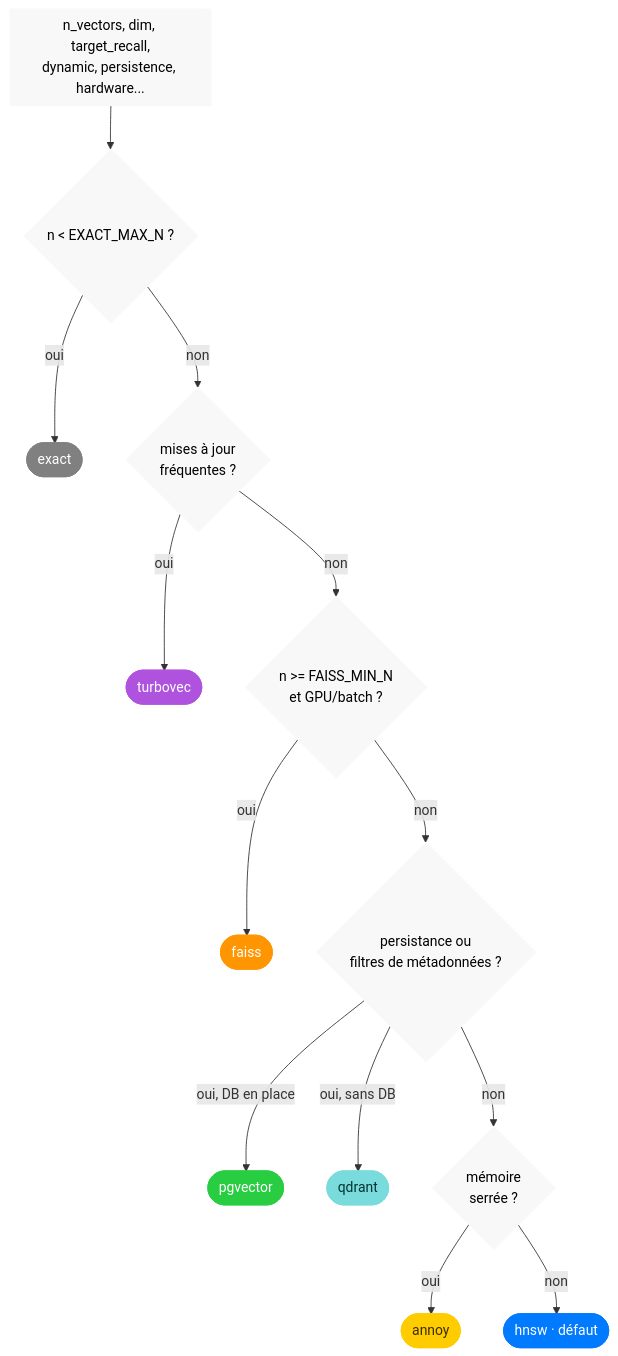
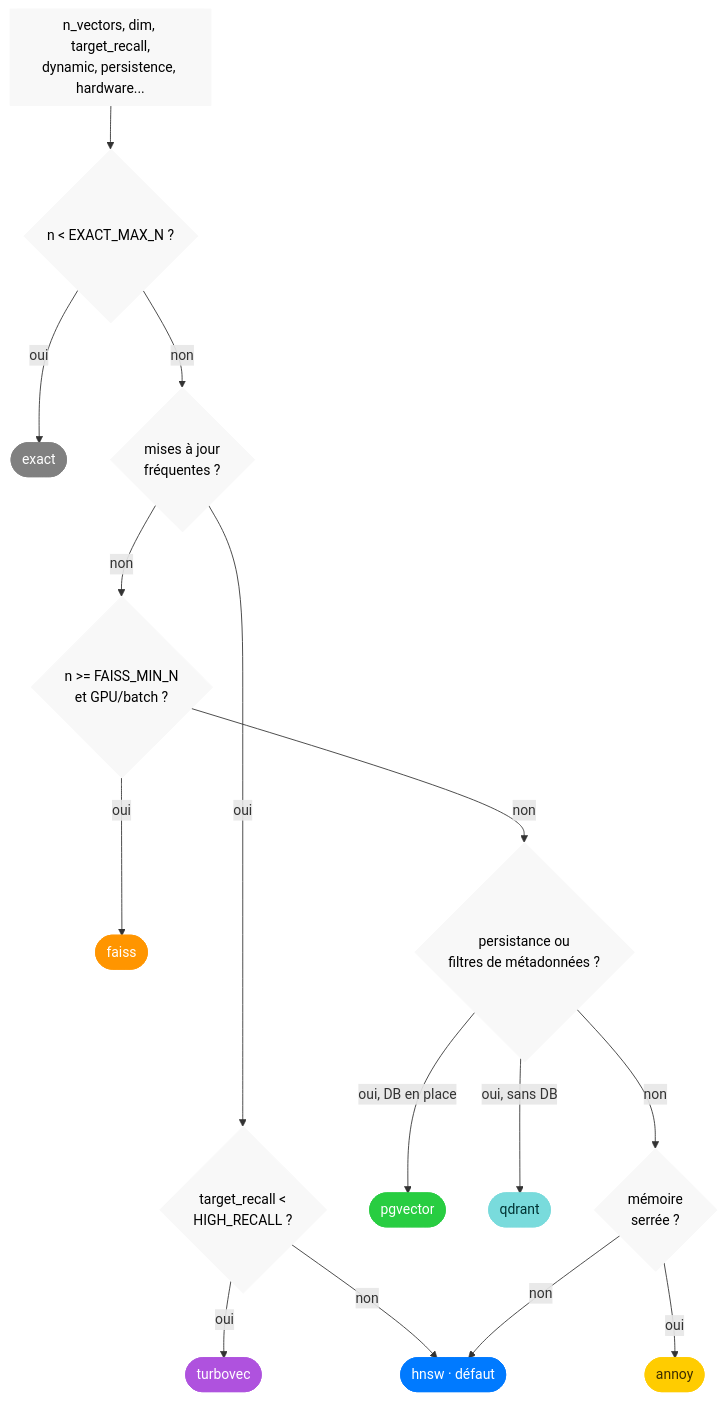
Before and after one commit to warith-harchaoui/ann-router: the diagram in LISEZMOI.md, drawn with Mermaid. The commit also changed other lines of this file and 10 other files, not shown here.

````diff
--- a/LISEZMOI.md
+++ b/LISEZMOI.md
@@ -174,34 +181,36 @@
 ```mermaid
 flowchart TD
     Q[["n_vectors, dim, target_recall,<br/>dynamic, persistence, hardware..."]]
     Q --> D1{n < EXACT_MAX_N ?}
     D1 -->|oui| EXACT([exact])
     D1 -->|non| D2{mises à jour<br/>fréquentes ?}
-    D2 -->|oui| TURBOVEC([turbovec])
+    D2 -->|oui| D2R{target_recall <<br/>HIGH_RECALL ?}
+    D2R -->|oui| TURBOVEC([turbovec])
+    D2R -->|non| HNSW
     D2 -->|non| D3{n >= FAISS_MIN_N<br/>et GPU/batch ?}
     D3 -->|oui| FAISS([faiss])
     D3 -->|non| D4{persistance ou<br/>filtres de métadonnées ?}
     D4 -->|oui, DB en place| PGVECTOR([pgvector])
     D4 -->|oui, sans DB| QDRANT([qdrant])
     D4 -->|non| D5{mémoire<br/>serrée ?}
     D5 -->|oui| ANNOY([annoy])
     D5 -->|non| HNSW([hnsw · défaut])
 
     classDef exact fill:#808080,color:#fff,stroke:#808080
     classDef turbovec fill:#AF52DE,color:#fff,stroke:#AF52DE
     classDef faiss fill:#FF9500,color:#fff,stroke:#FF9500
     classDef pgvector fill:#28CD41,color:#fff,stroke:#28CD41
     classDef qdrant fill:#79DBDC,color:#003333,stroke:#79DBDC
     classDef annoy fill:#FFCC00,color:#3d2e00,stroke:#FFCC00
     classDef hnsw fill:#007AFF,color:#fff,stroke:#007AFF
     classDef decision fill:#F8F8F8,color:#000000,stroke:#F8F8F8
 
     class EXACT exact
     class TURBOVEC turbovec
     class FAISS faiss
     class PGVECTOR pgvector
     class QDRANT qdrant
     class ANNOY annoy
     class HNSW hnsw
-    class D1,D2,D3,D4,D5,Q decision
+    class D1,D2,D2R,D3,D4,D5,Q decision
 ```
````
